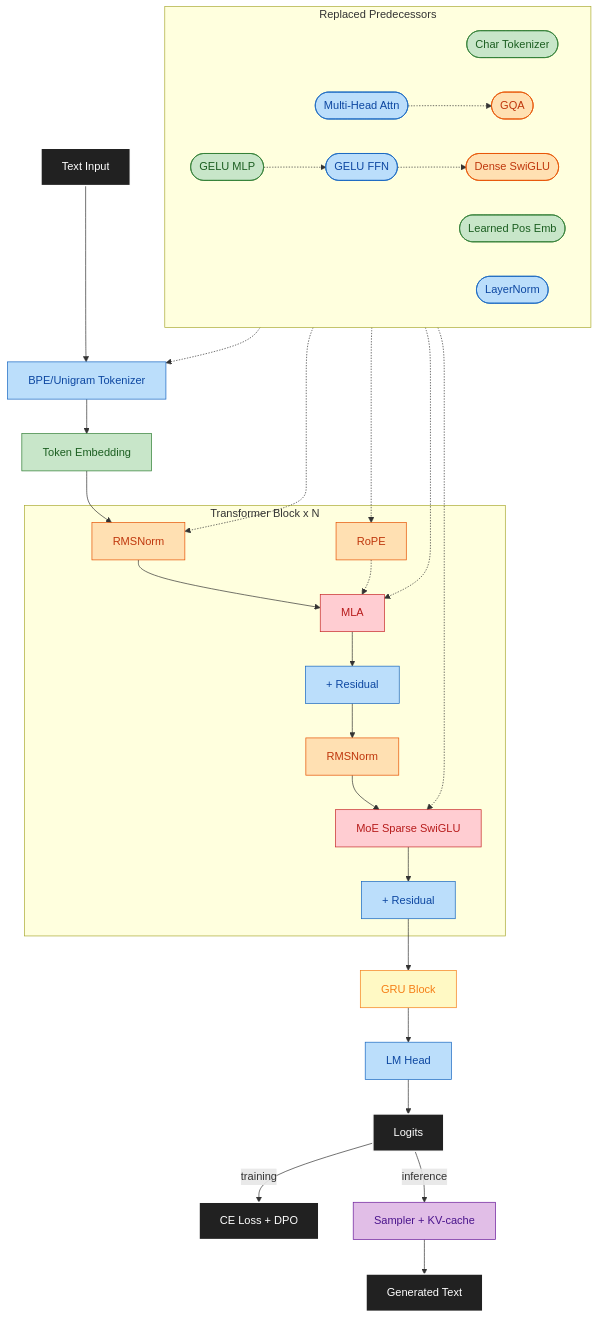
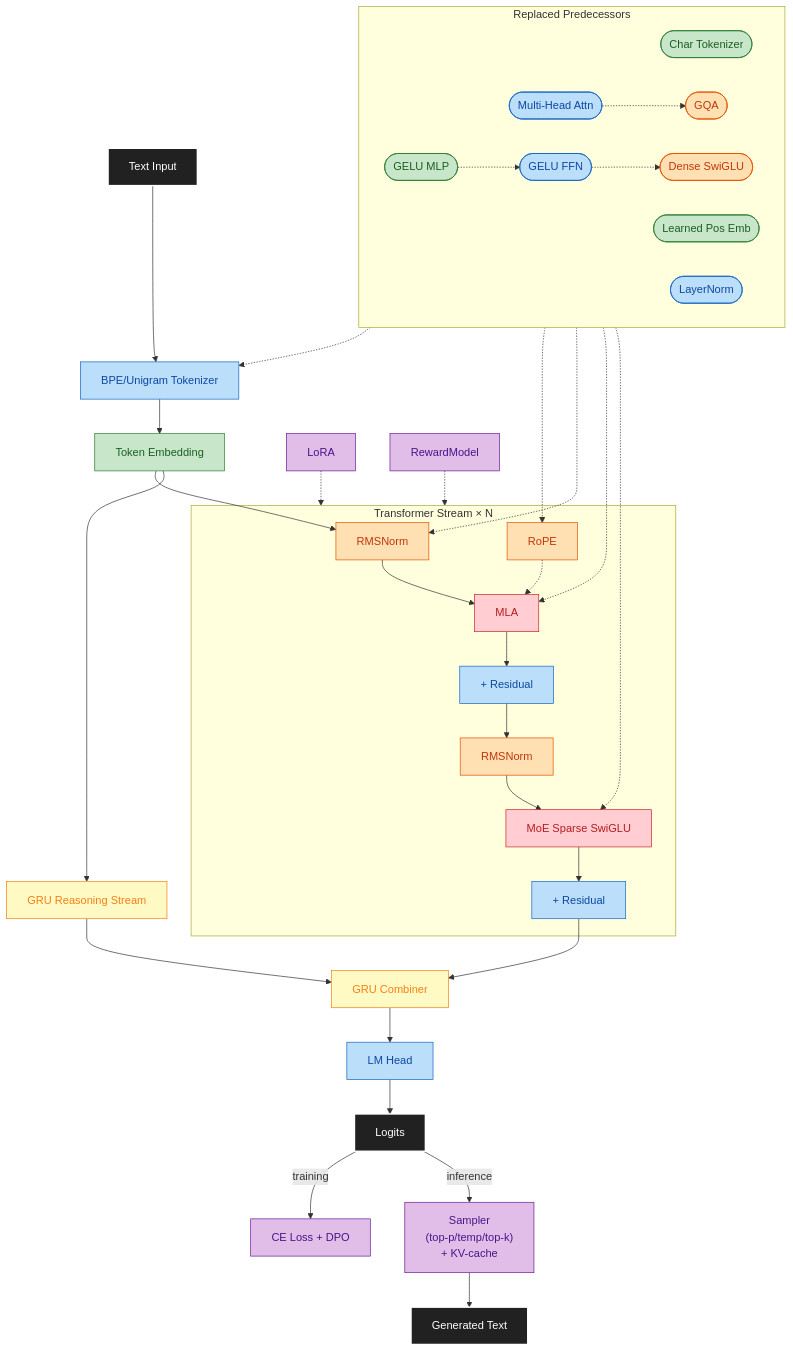
One commit to maxjbarfuss/max_llm changed the diagram in README.md. Above: the diagram before and after it, drawn with Mermaid. The commit also changed other lines of this file and 10 other files, not shown here.

````diff
--- a/README.md
+++ b/README.md
@@ -49,43 +48,49 @@
 ```mermaid
 graph TD
     In[Text Input]:::io --> Tok[BPE/Unigram Tokenizer]:::p3 --> Emb[Token Embedding]:::p2 --> N1
+    Emb --> RGRU[GRU Reasoning Stream]:::p7
 
-    subgraph Block[Transformer Block x N]
-        N1[RMSNorm]:::p4 --> ATT[MLA]:::p7 --> R1[+ Residual]:::p3
+    subgraph Block[Transformer Stream × N]
+        N1[RMSNorm]:::p4 --> ATT[MLA]:::p6 --> R1[+ Residual]:::p3
         RoPE[RoPE]:::p4 -.-> ATT
-        R1 --> N2[RMSNorm]:::p4 --> MOE[MoE Sparse SwiGLU]:::p7 --> R2[+ Residual]:::p3
+        R1 --> N2[RMSNorm]:::p4 --> MOE[MoE Sparse SwiGLU]:::p6 --> R2[+ Residual]:::p3
     end
 
-    R2 --> GRU[GRU Block]:::p8 --> Head[LM Head]:::p3 --> Logits[Logits]:::io
-    Logits -->|training| Loss[CE Loss + DPO]:::io
-    Logits -->|inference| Samp[Sampler + KV-cache]:::p56 --> GenOut[Generated Text]:::io
+    LoRA:::p5 -.-> Block
+    RewardModel:::p5 -.-> Block
+
+    R2 --> COMB[GRU Combiner]:::p7
+    RGRU --> COMB
+    COMB --> Head[LM Head]:::p3 --> Logits[Logits]:::io
+    Logits -->|training| Loss[CE Loss + DPO]:::p5
+    Logits -->|inference| Samp["Sampler<br/>(top-p/temp/top-k)<br/>+ KV-cache"]:::p5 --> GenOut[Generated Text]:::io
 
     subgraph Replaced[Replaced Predecessors]
         direction LR
         CT([Char Tokenizer]):::p2
         LPE([Learned Pos Emb]):::p2
         LF([GELU MLP]):::p2
         LN([LayerNorm]):::p3
         MHA([Multi-Head Attn]):::p3
         GF([GELU FFN]):::p3
         GQA2([GQA]):::p4
         SW([Dense SwiGLU]):::p4
     end
 
     CT -.-> Tok
     LPE -.-> RoPE
     LF -.-> GF
     LN -.-> N1
     MHA -.-> GQA2
     GF -.-> SW
     GQA2 -.-> ATT
     SW -.-> MOE
 
     classDef io fill:#212121,stroke:#FFFFFF,color:#FFFFFF,stroke-width:2px
     classDef p2 fill:#C8E6C9,stroke:#2E7D32,color:#1B5E20
     classDef p3 fill:#BBDEFB,stroke:#1565C0,color:#0D47A1
     classDef p4 fill:#FFE0B2,stroke:#E65100,color:#BF360C
-    classDef p56 fill:#E1BEE7,stroke:#6A1B9A,color:#4A148C
-    classDef p7 fill:#FFCDD2,stroke:#C62828,color:#B71C1C
-    classDef p8 fill:#FFF9C4,stroke:#F57F17,color:#F57F17
+    classDef p5 fill:#E1BEE7,stroke:#6A1B9A,color:#4A148C
+    classDef p6 fill:#FFCDD2,stroke:#C62828,color:#B71C1C
+    classDef p7 fill:#FFF9C4,stroke:#F57F17,color:#F57F17
 ```
````
